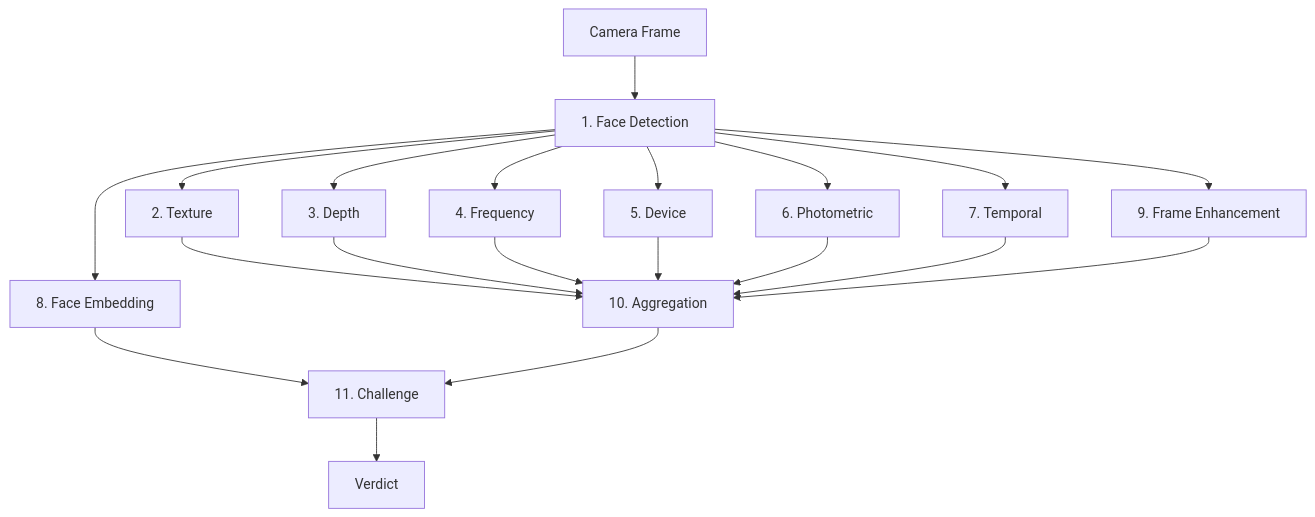
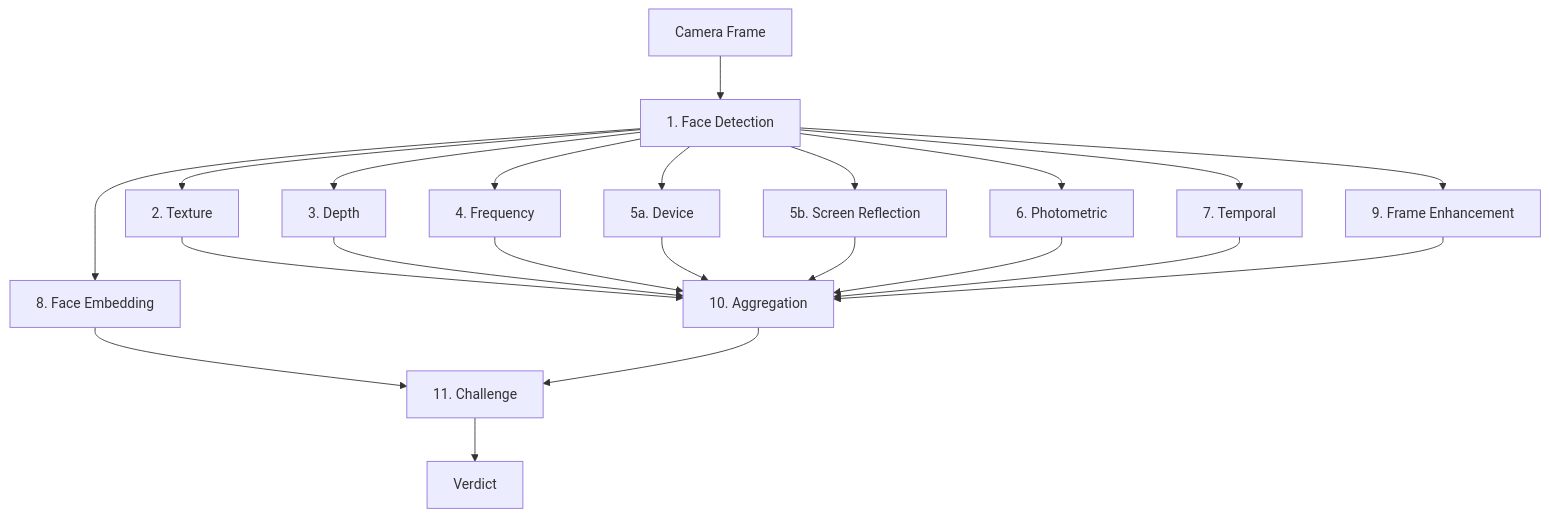
The first of 2 diagrams in README.md (iamjosephmj/OpenPAD), drawn with Mermaid before and after one commit. The commit also changed other lines of this file and 39 other files, not shown here.

First line of the commit message:
Add screen reflection detector, preprocessing pipeline, and signal enhancements

````diff
--- a/README.md
+++ b/README.md
@@ -259,22 +262,24 @@
 ```mermaid
 flowchart TB
     CAM[Camera Frame] --> FD[1. Face Detection]
     FD --> TEX[2. Texture]
     FD --> DEP[3. Depth]
     FD --> FREQ[4. Frequency]
-    FD --> DEV[5. Device]
+    FD --> DEV[5a. Device]
+    FD --> SCR[5b. Screen Reflection]
     FD --> PHOTO[6. Photometric]
     FD --> TEMP[7. Temporal]
     FD --> EMB[8. Face Embedding]
     FD --> ENH[9. Frame Enhancement]
     TEX --> AGG[10. Aggregation]
     DEP --> AGG
     FREQ --> AGG
     DEV --> AGG
+    SCR --> AGG
     PHOTO --> AGG
     TEMP --> AGG
     ENH --> AGG
     EMB --> CHAL[11. Challenge]
     AGG --> CHAL
     CHAL --> VERDICT[Verdict]
 ```
````
